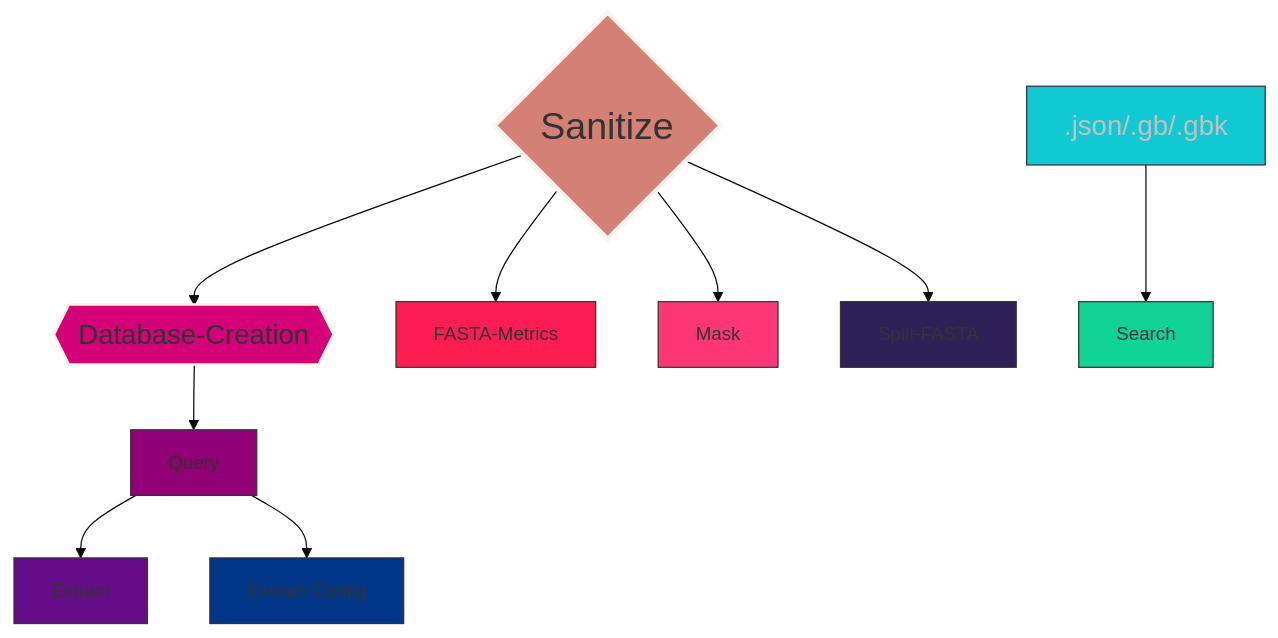
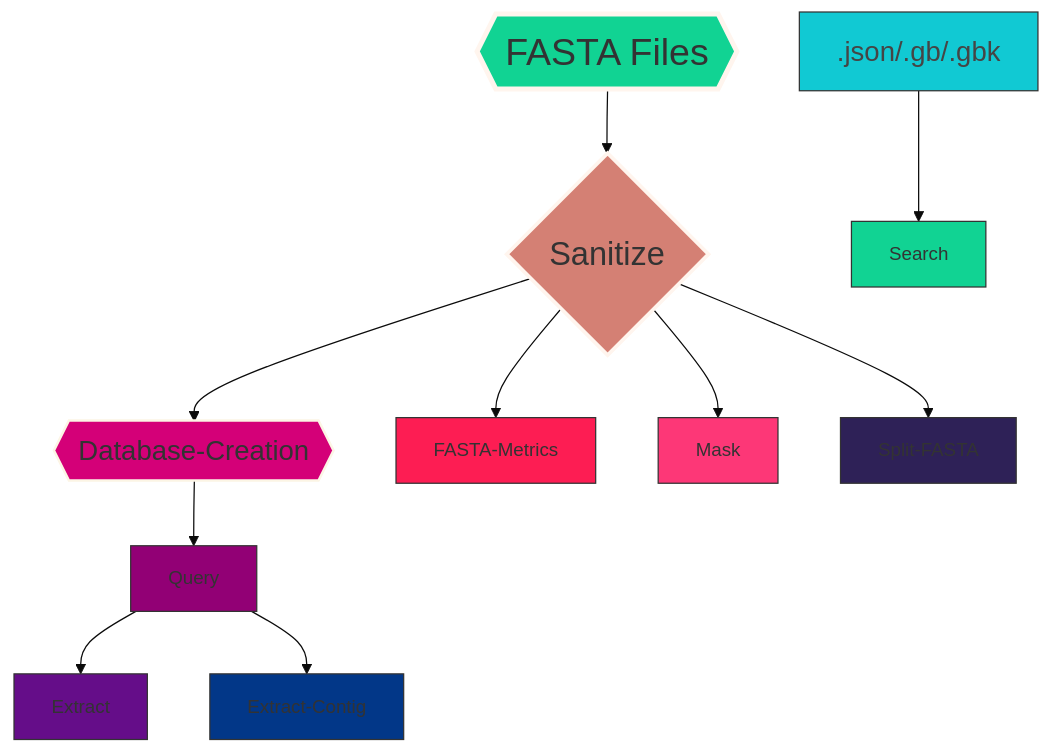
One commit to ERBringHorvath/SeqForge changed the diagram in README.md. Above: the diagram before and after it, drawn with Mermaid (base theme).

````diff
--- a/README.md
+++ b/README.md
@@ -80,23 +80,25 @@
 ```mermaid
 graph TD;
+    Z{{FASTA Files}}-->A{Sanitize};
     A{Sanitize}-->B{{Database-Creation}};
     B{{Database-Creation}}-->C[Query];
     C[Query]-->D[Extract];
     C[Query]-->E[Extract-Contig];
     A{Sanitize}-->F[FASTA-Metrics];
     A{Sanitize}-->G[Mask];
     A{Sanitize}-->H[Split-FASTA];
     I[.json/.gb/.gbk]-->J[Search];
 
     %% Custom style for Sanitize node
-    style A fill:#d48074,stroke:#fff5ee,stroke-width:4,font-size:30px
+    style Z fill:#11d393,stroke:#fff5ee,stroke-width:4,font-size:30
+    style A fill:#d48074,stroke:#fff5ee,stroke-width:3,font-size:26px
     style B fill:#d40078,stroke:#FCF5E5,stroke-width:2,font-size:22px
     style C fill:#920075,stroke:#333,stroke-width:1,font-size:15px
     style D fill:#650D89,stroke:#333,stroke-width:1,font-size:15px
     style E fill:#023788,stroke:#333,stroke-width:1,font-size:15px
     style F fill:#fd1d53,stroke:#333,stroke-width:1,font-size:15px
     style G fill:#fd3777,stroke:#333,stroke-width:1,font-size:15px
     style H fill:#2e2157,stroke:#333,stroke-width:1,font-size:15px
-    style I fill:#11c9d3,stroke:#333,stroke-width:1,font-size:22px,color:#c1c1c1
+    style I fill:#11c9d3,stroke:#333,stroke-width:1,font-size:22px,color:#454545
     style J fill:#11d393,stroke:#333,stroke-width:1,font-size:15px
 ```
````
